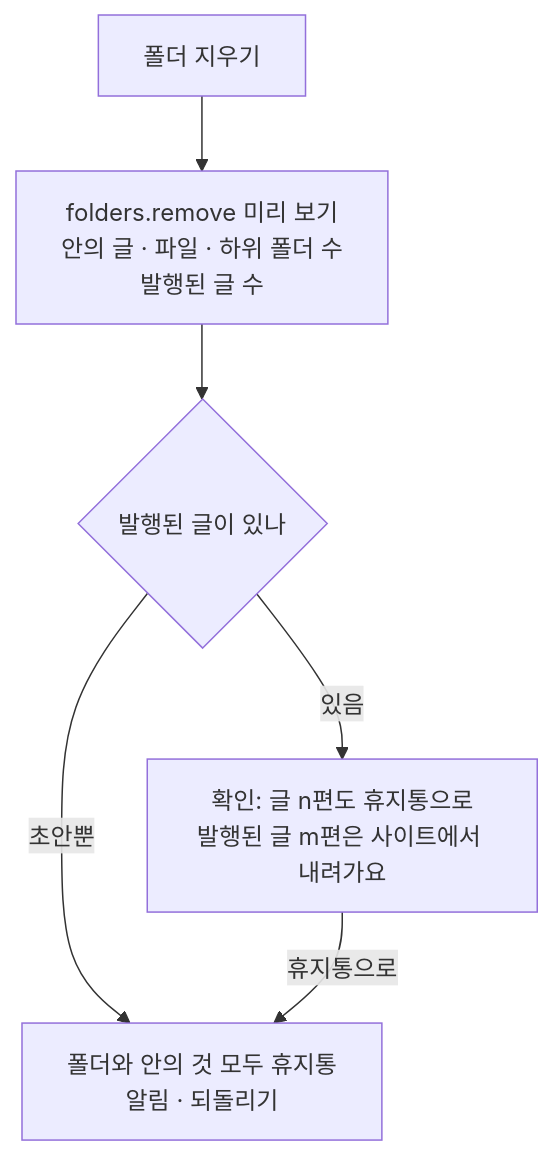
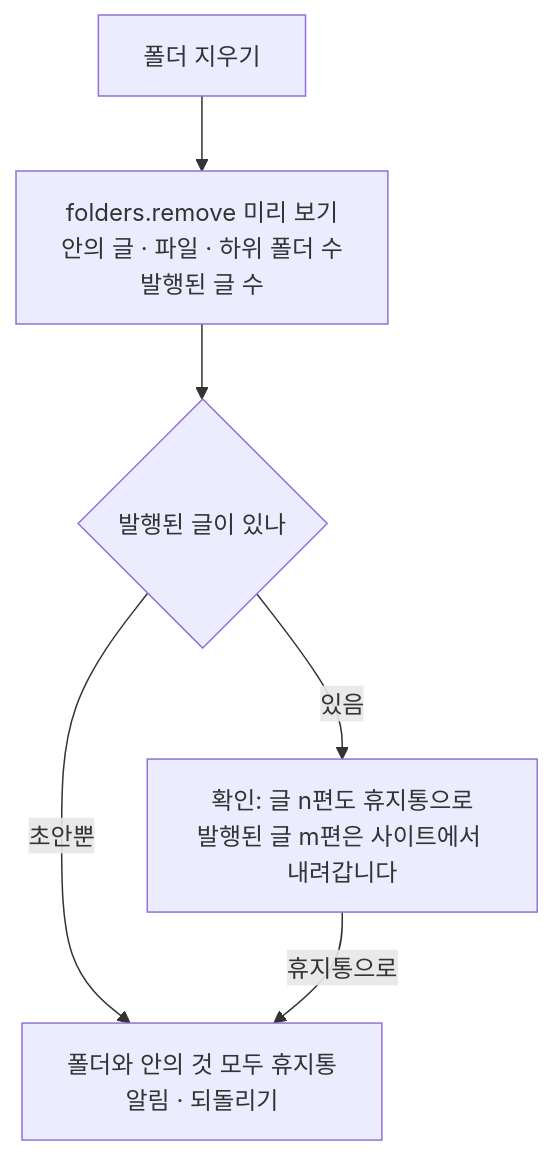
The second of 2 diagrams in docs/design/features/07-folders.md (monti-cms/monti), drawn with Mermaid before and after one commit. The commit also changed 52 other files, not shown here.

````diff
--- a/docs/design/features/07-folders.md
+++ b/docs/design/features/07-folders.md
@@ -59,8 +59,8 @@
 ```mermaid
 flowchart TD
   D["폴더 지우기"] --> PV["folders.remove 미리 보기<br/>안의 글 · 파일 · 하위 폴더 수<br/>발행된 글 수"]
   PV --> Q{"발행된 글이 있나"}
-  Q -->|있음| C["확인: 글 n편도 휴지통으로<br/>발행된 글 m편은 사이트에서 내려가요"]
+  Q -->|있음| C["확인: 글 n편도 휴지통으로<br/>발행된 글 m편은 사이트에서 내려갑니다"]
   Q -->|초안뿐| T
   C -->|휴지통으로| T["폴더와 안의 것 모두 휴지통<br/>알림 · 되돌리기"]
 ```
````
